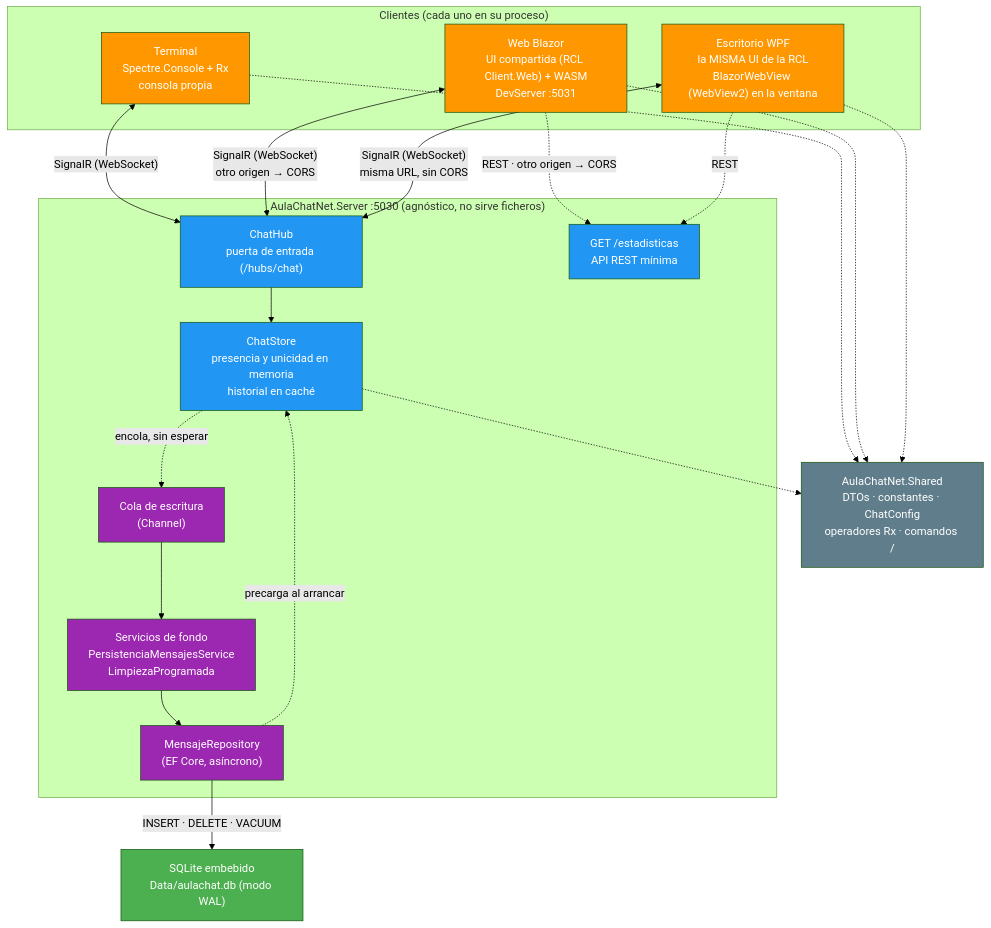
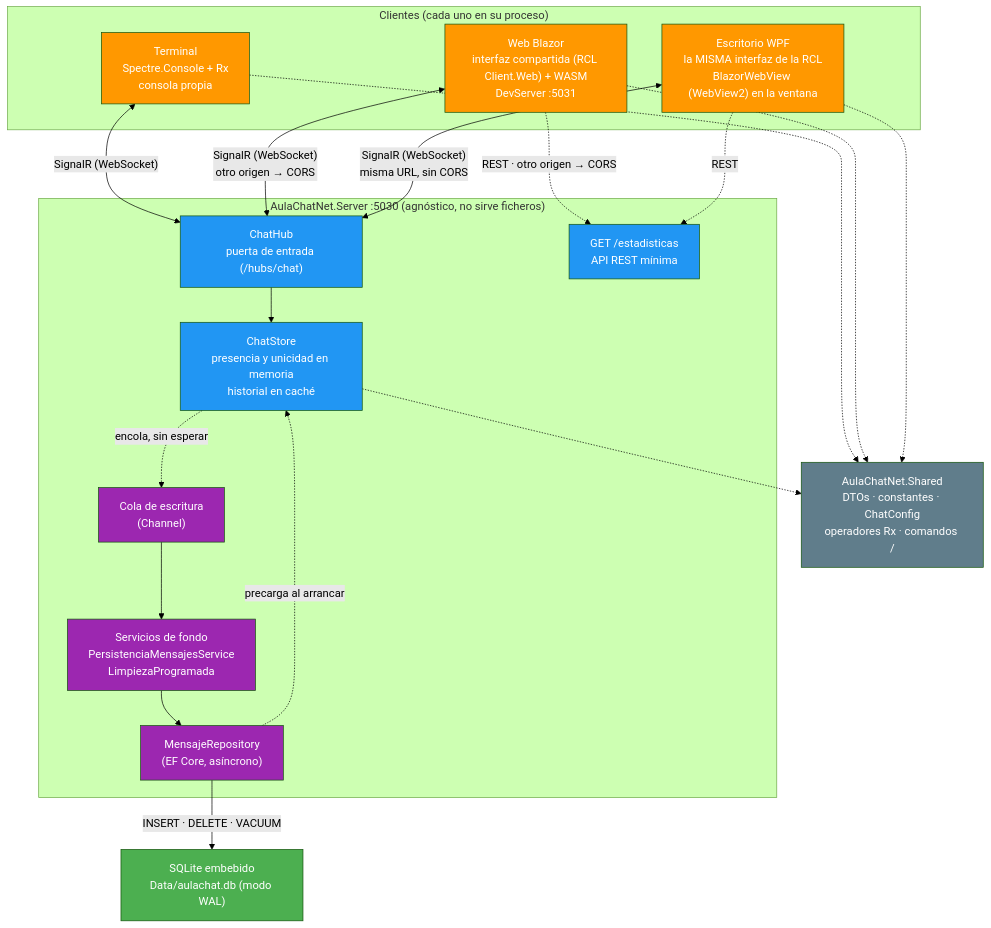
Before and after one commit to joseluisgs/AulaChatNet: the second of 2 diagrams in README.md, drawn with Mermaid (forest theme). The commit also changed other lines of this file and 2 other files, not shown here.

````diff
--- a/README.md
+++ b/README.md
@@ -144,51 +157,51 @@
 ```mermaid
 flowchart TD
     subgraph Clientes["Clientes (cada uno en su proceso)"]
         T["Terminal<br/>Spectre.Console + Rx<br/>consola propia"]
-        B["Web Blazor<br/>UI compartida (RCL Client.Web) + WASM<br/>DevServer :5031"]
-        W["Escritorio WPF<br/>la MISMA UI de la RCL<br/>BlazorWebView (WebView2) en la ventana"]
+        B["Web Blazor<br/>interfaz compartida (RCL Client.Web) + WASM<br/>DevServer :5031"]
+        W["Escritorio WPF<br/>la MISMA interfaz de la RCL<br/>BlazorWebView (WebView2) en la ventana"]
     end
 
     subgraph Servidor["AulaChatNet.Server :5030 (agnóstico, no sirve ficheros)"]
         H["ChatHub<br/>puerta de entrada (/hubs/chat)"]
         API["GET /estadisticas<br/>API REST mínima"]
         S["ChatStore<br/>presencia y unicidad en memoria<br/>historial en caché"]
         Q["Cola de escritura<br/>(Channel)"]
         P["Servicios de fondo<br/>PersistenciaMensajesService<br/>LimpiezaProgramada"]
         R["MensajeRepository<br/>(EF Core, asíncrono)"]
     end
 
     SH["AulaChatNet.Shared<br/>DTOs · constantes · ChatConfig<br/>operadores Rx · comandos /"]
 
     DB["SQLite embebido<br/>Data/aulachat.db (modo WAL)"]
 
     T <-->|"SignalR (WebSocket)"| H
     B <-->|"SignalR (WebSocket)<br/>otro origen → CORS"| H
     B -.->|"REST · otro origen → CORS"| API
     W <-->|"SignalR (WebSocket)<br/>misma URL, sin CORS"| H
     W -.->|"REST"| API
 
     H --> S
     S -.->|"encola, sin esperar"| Q
     Q --> P
     P --> R
     R -->|"INSERT · DELETE · VACUUM"| DB
     R -.->|"precarga al arrancar"| S
 
     T -.-> SH
     B -.-> SH
     W -.-> SH
     S -.-> SH
 
     style T fill:#FF9800,color:#fff
     style B fill:#FF9800,color:#fff
     style W fill:#FF9800,color:#fff
     style H fill:#2196F3,color:#fff
     style API fill:#2196F3,color:#fff
     style S fill:#2196F3,color:#fff
     style Q fill:#9C27B0,color:#fff
     style P fill:#9C27B0,color:#fff
     style R fill:#9C27B0,color:#fff
     style SH fill:#607D8B,color:#fff
     style DB fill:#4CAF50,color:#fff
 ```
````
